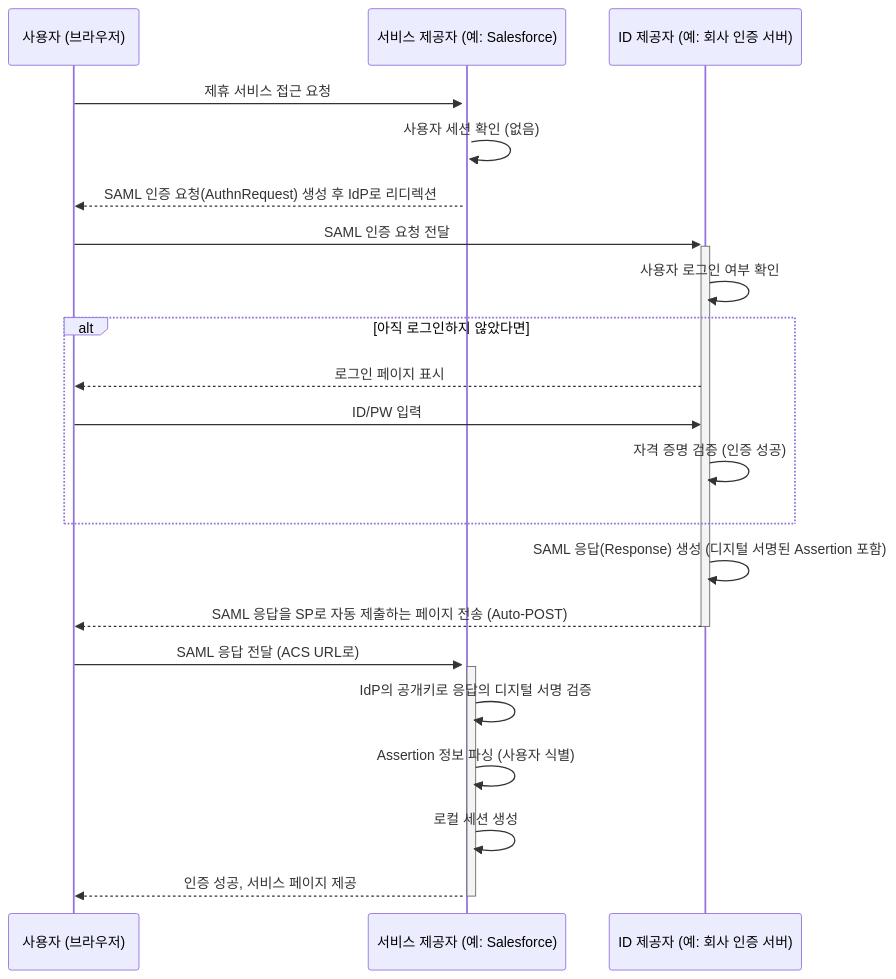
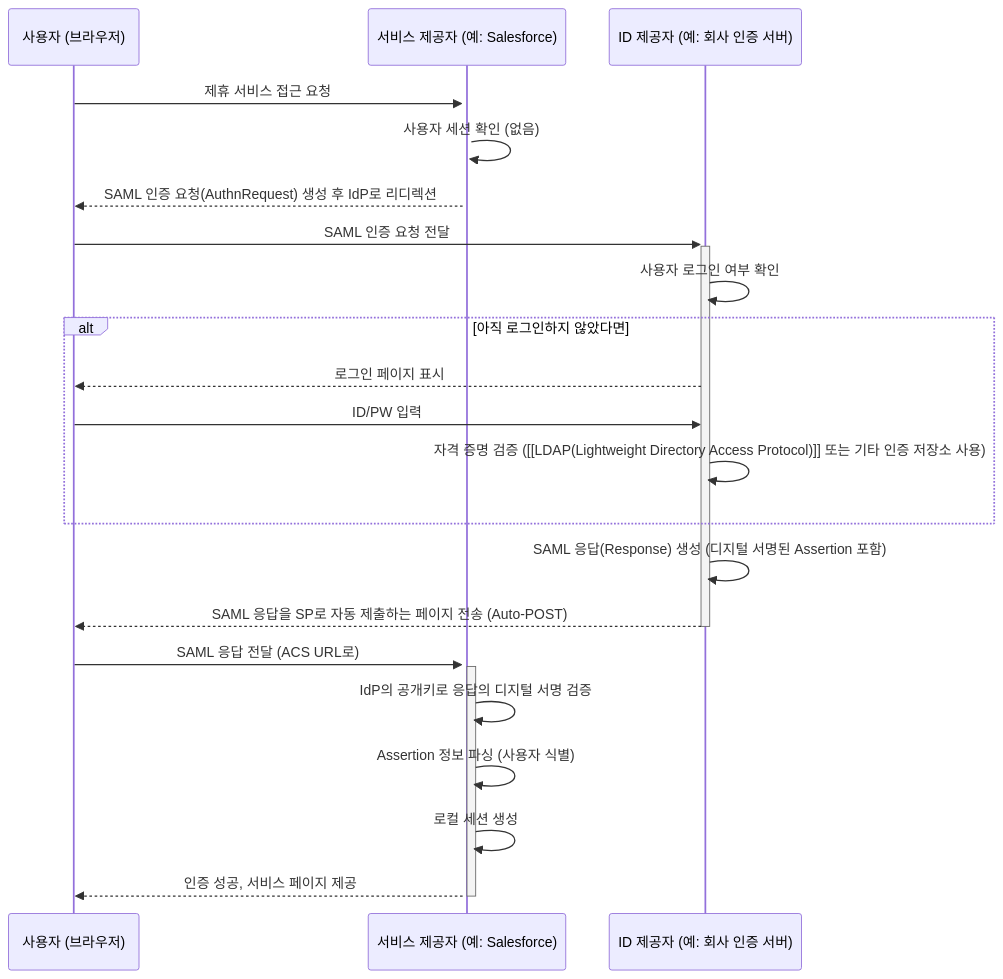
The first of 2 diagrams in content/SAML(Security Assertion Markup Language).md (BEOKS/beoks.github.io), drawn with Mermaid before and after one commit. The commit also changed other lines of this file and 5 other files, not shown here.

````diff
--- a/content/SAML(Security Assertion Markup Language).md
+++ b/content/SAML(Security Assertion Markup Language).md
@@ -31,24 +35,24 @@
 ```mermaid
 sequenceDiagram
     participant User as 사용자 (브라우저)
     participant SP as 서비스 제공자 (예: Salesforce)
     participant IdP as ID 제공자 (예: 회사 인증 서버)
 
     User->>+SP: 제휴 서비스 접근 요청
     SP->>SP: 사용자 세션 확인 (없음)
     SP-->>User: SAML 인증 요청(AuthnRequest) 생성 후 IdP로 리디렉션
     User->>+IdP: SAML 인증 요청 전달
     IdP->>IdP: 사용자 로그인 여부 확인
     alt 아직 로그인하지 않았다면
         IdP-->>User: 로그인 페이지 표시
         User->>IdP: ID/PW 입력
-        IdP->>IdP: 자격 증명 검증 (인증 성공)
+        IdP->>IdP: 자격 증명 검증 ([[LDAP(Lightweight Directory Access Protocol)]] 또는 기타 인증 저장소 사용)
     end
     IdP->>IdP: SAML 응답(Response) 생성 (디지털 서명된 Assertion 포함)
     IdP-->>-User: SAML 응답을 SP로 자동 제출하는 페이지 전송 (Auto-POST)
     User->>+SP: SAML 응답 전달 (ACS URL로)
     SP->>SP: IdP의 공개키로 응답의 디지털 서명 검증
     SP->>SP: Assertion 정보 파싱 (사용자 식별)
     SP->>SP: 로컬 세션 생성
     SP-->>-User: 인증 성공, 서비스 페이지 제공
 ```
````
